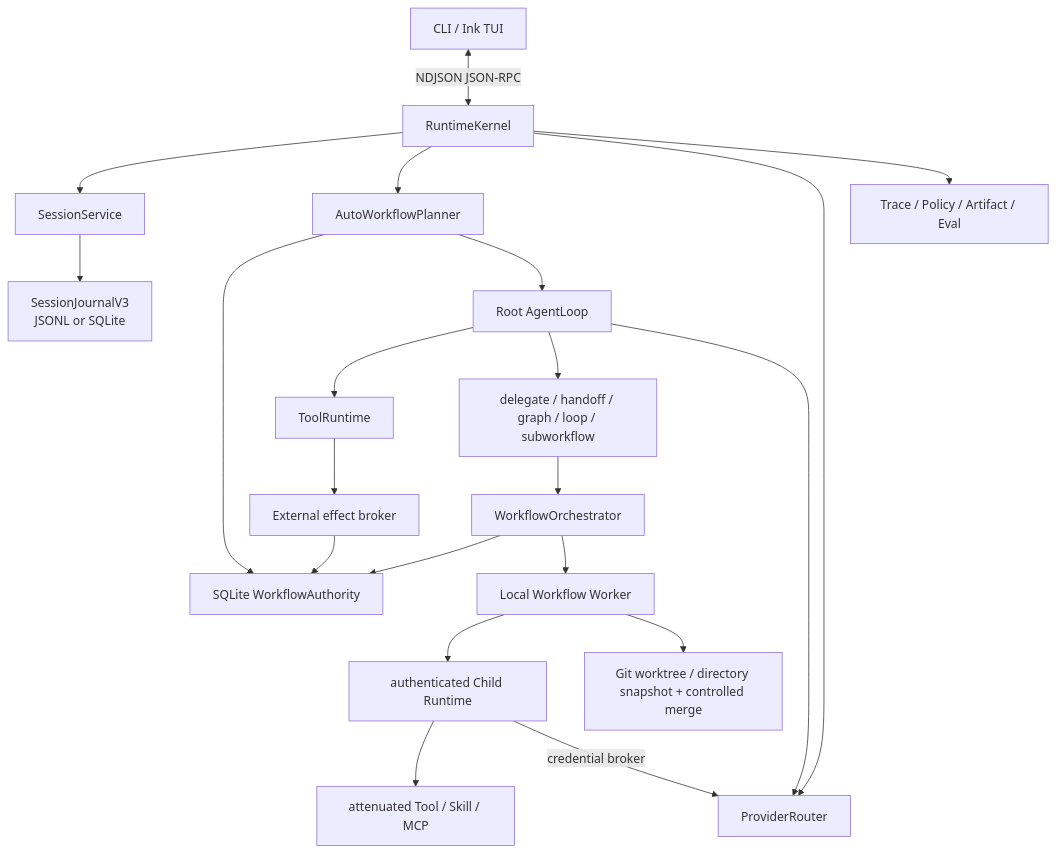
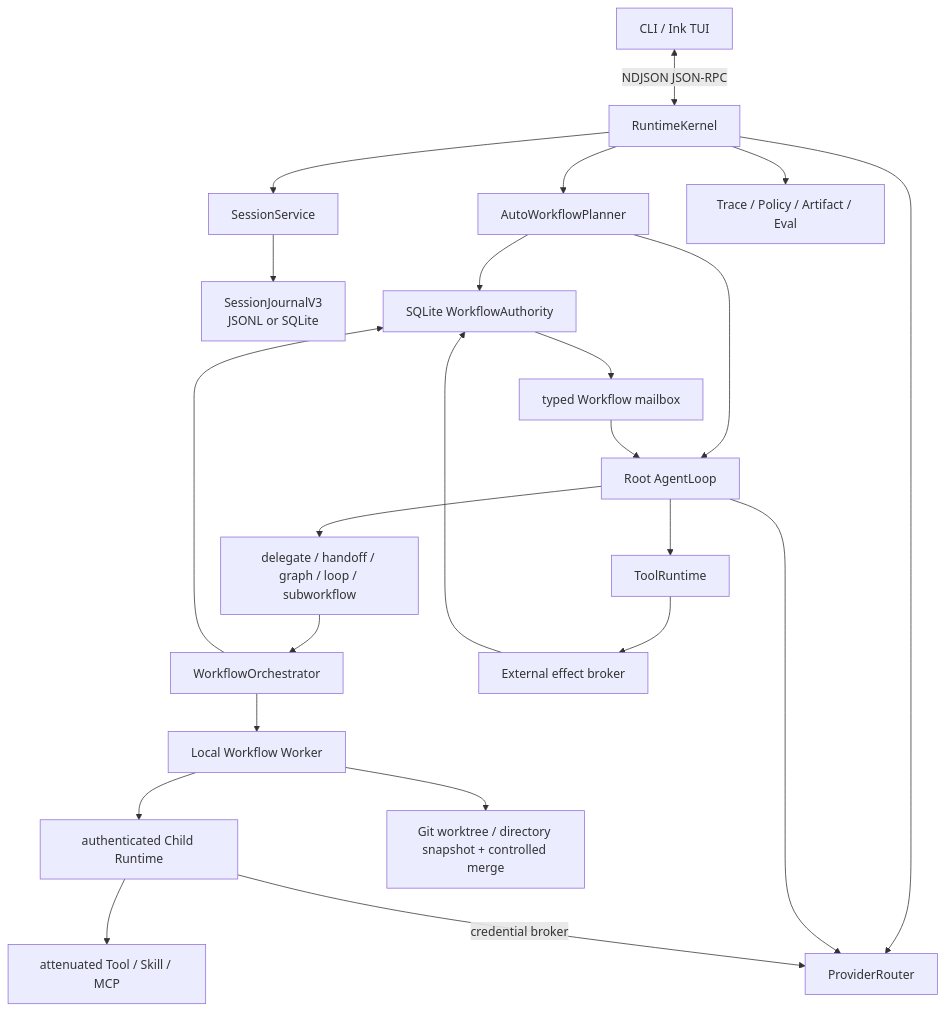
One commit to zr314/praxis-architecture-showcase changed the diagram in docs/architecture.md. Above: the diagram before and after it, drawn with Mermaid. The commit also changed other lines of this file and 20 other files, not shown here.

````diff
--- a/docs/architecture.md
+++ b/docs/architecture.md
@@ -7,23 +7,25 @@
 ```mermaid
 flowchart TB
     CLI["CLI / Ink TUI"] <-->|"NDJSON JSON-RPC"| K["RuntimeKernel"]
     K --> SS["SessionService"]
     SS --> SJ["SessionJournalV3\nJSONL or SQLite"]
     K --> AW["AutoWorkflowPlanner"]
     AW --> WA["SQLite WorkflowAuthority"]
     AW --> AL["Root AgentLoop"]
     AL --> TR["ToolRuntime"]
     AL --> AD["delegate / handoff / graph / loop / subworkflow"]
     AD --> OR["WorkflowOrchestrator"]
     OR --> WA
+    WA --> MB["typed Workflow mailbox"]
+    MB --> AL
     OR --> LW["Local Workflow Worker"]
     LW --> CH["authenticated Child Runtime"]
     CH --> TR2["attenuated Tool / Skill / MCP"]
     LW --> WT["Git worktree / directory snapshot + controlled merge"]
     K --> PR["ProviderRouter"]
     AL --> PR
     CH -->|"credential broker"| PR
     K --> TS["Trace / Policy / Artifact / Eval"]
     TR --> EB["External effect broker"]
     EB --> WA
 ```
````
